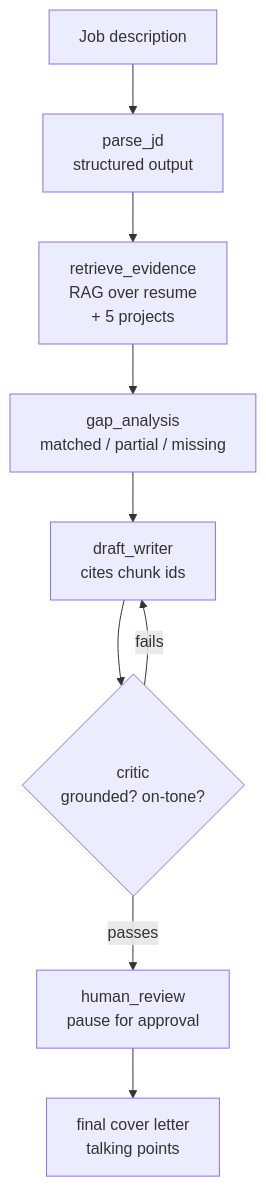
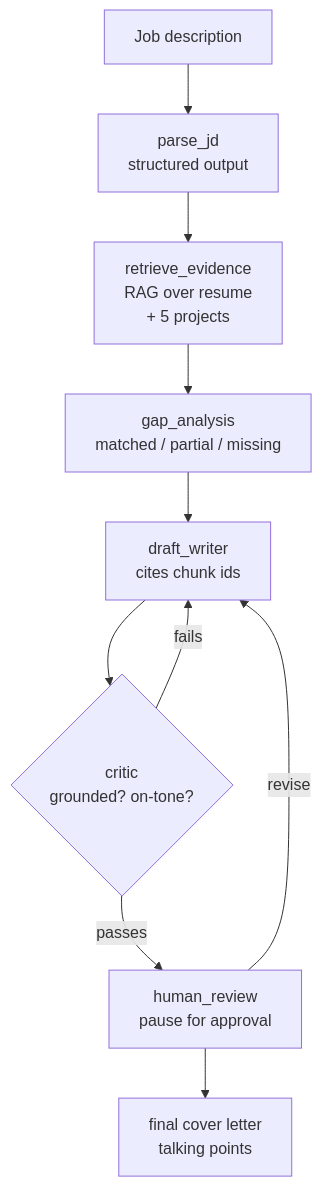
One commit to momo840505/career-copilot-agent changed the second of 2 diagrams in README.md. Above: the diagram before and after it, drawn with Mermaid.

Commit message:
Fix a missing arrow in the pipeline diagram

````diff
--- a/README.md
+++ b/README.md
@@ -155,11 +155,12 @@
 ```mermaid
 flowchart TB
     A["Job description"] --> B["parse_jd<br/>structured output"]
     B --> C["retrieve_evidence<br/>RAG over resume <br/> + 5 projects"]
     C --> D["gap_analysis<br/>matched / partial / missing"]
     D --> E["draft_writer<br/>cites chunk ids"]
     E --> F{"critic<br/>grounded? on-tone?"}
     F -- fails --> E
     F -- passes --> G["human_review<br/>pause for approval"]
+    G -- revise --> E
     G --> H["final cover letter <br/> talking points"]
 ```
````
